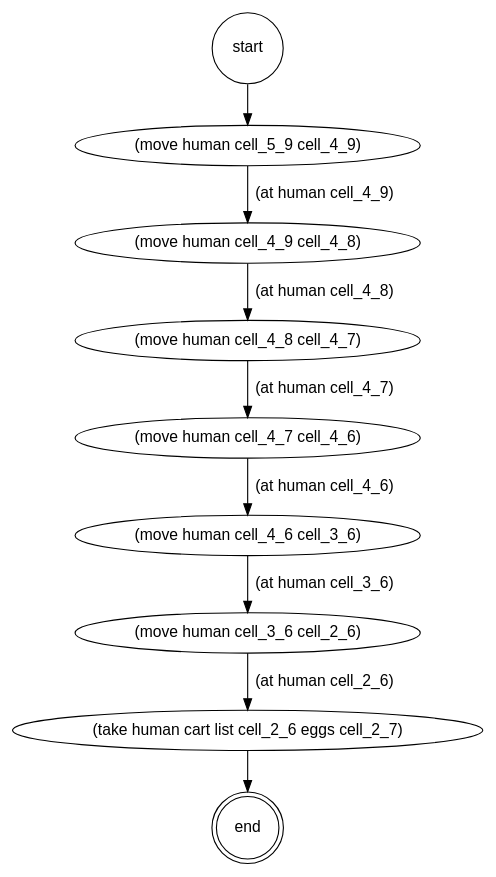
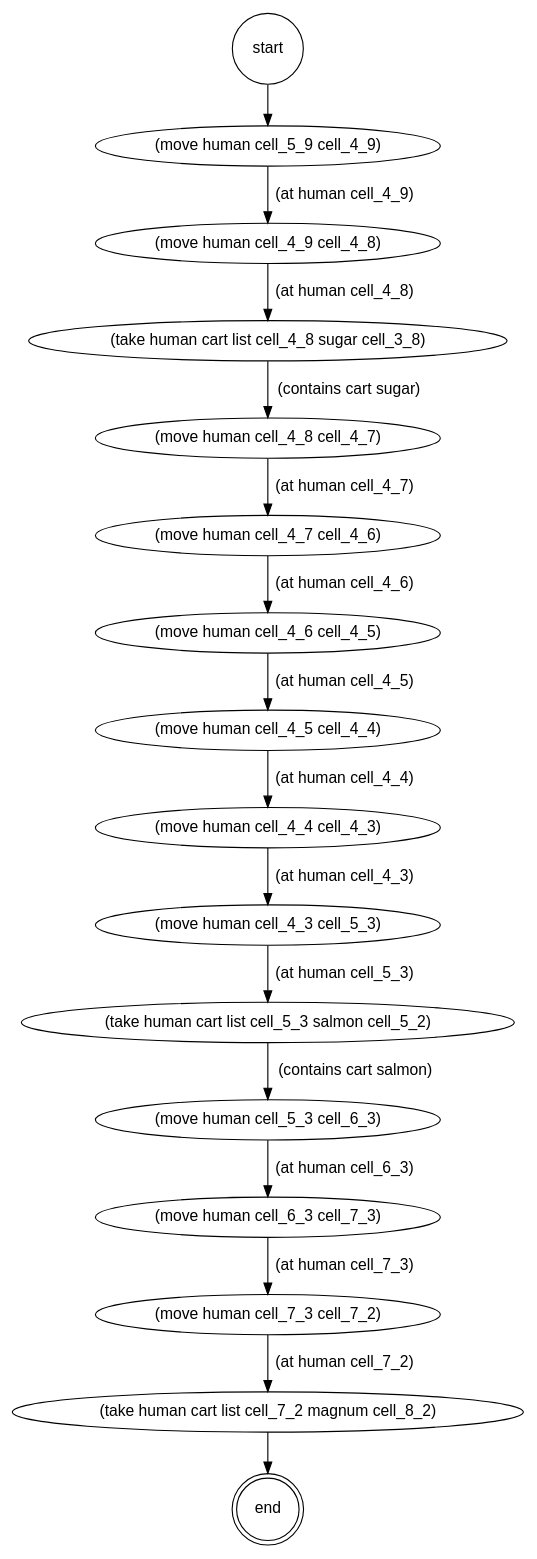
One commit to francescotss/PepperMart changed the diagram in playground/pddl/temp/supermarket_problem.tred.gv. Above: the diagram before and after it, drawn with Graphviz. The commit also changed 44 other files, not shown here.

```diff
--- a/playground/pddl/temp/supermarket_problem.tred.gv
+++ b/playground/pddl/temp/supermarket_problem.tred.gv
@@ -1,22 +1,29 @@
 strict digraph "" {
 	graph [fontname=helvetica];
 	node [fontname=helvetica,
 		label="\N",
 		shape=ellipse
 	];
 	edge [fontname=helvetica];
 	"(end)"	 [label=end,
 		peripheries=2,
 		shape=circle];
-	"(take human cart list cell_2_6 eggs cell_2_7)" -> "(end)";
-	"(move human cell_3_6 cell_2_6)" -> "(take human cart list cell_2_6 eggs cell_2_7)"	 [label="(at human cell_2_6)"];
-	"(move human cell_4_6 cell_3_6)" -> "(move human cell_3_6 cell_2_6)"	 [label="(at human cell_3_6)"];
-	"(move human cell_4_7 cell_4_6)" -> "(move human cell_4_6 cell_3_6)"	 [label="(at human cell_4_6)"];
+	"(take human cart list cell_7_2 magnum cell_8_2)" -> "(end)";
+	"(move human cell_7_3 cell_7_2)" -> "(take human cart list cell_7_2 magnum cell_8_2)"	 [label="(at human cell_7_2)"];
+	"(move human cell_6_3 cell_7_3)" -> "(move human cell_7_3 cell_7_2)"	 [label="(at human cell_7_3)"];
+	"(move human cell_5_3 cell_6_3)" -> "(move human cell_6_3 cell_7_3)"	 [label="(at human cell_6_3)"];
+	"(take human cart list cell_5_3 salmon cell_5_2)" -> "(move human cell_5_3 cell_6_3)"	 [label="(contains cart salmon)"];
+	"(move human cell_4_3 cell_5_3)" -> "(take human cart list cell_5_3 salmon cell_5_2)"	 [label="(at human cell_5_3)"];
+	"(move human cell_4_4 cell_4_3)" -> "(move human cell_4_3 cell_5_3)"	 [label="(at human cell_4_3)"];
+	"(move human cell_4_5 cell_4_4)" -> "(move human cell_4_4 cell_4_3)"	 [label="(at human cell_4_4)"];
+	"(move human cell_4_6 cell_4_5)" -> "(move human cell_4_5 cell_4_4)"	 [label="(at human cell_4_5)"];
+	"(move human cell_4_7 cell_4_6)" -> "(move human cell_4_6 cell_4_5)"	 [label="(at human cell_4_6)"];
 	"(move human cell_4_8 cell_4_7)" -> "(move human cell_4_7 cell_4_6)"	 [label="(at human cell_4_7)"];
-	"(move human cell_4_9 cell_4_8)" -> "(move human cell_4_8 cell_4_7)"	 [label="(at human cell_4_8)"];
+	"(take human cart list cell_4_8 sugar cell_3_8)" -> "(move human cell_4_8 cell_4_7)"	 [label="(contains cart sugar)"];
+	"(move human cell_4_9 cell_4_8)" -> "(take human cart list cell_4_8 sugar cell_3_8)"	 [label="(at human cell_4_8)"];
 	"(move human cell_5_9 cell_4_9)" -> "(move human cell_4_9 cell_4_8)"	 [label="(at human cell_4_9)"];
 	"(start)"	 [label=start,
 		peripheries=1,
 		shape=circle];
 	"(start)" -> "(move human cell_5_9 cell_4_9)";
 }
```
